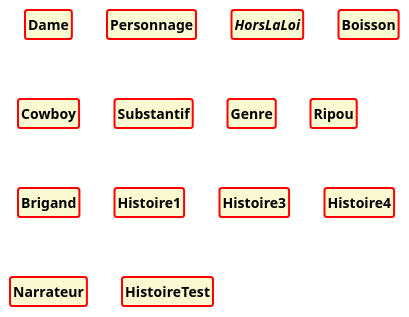
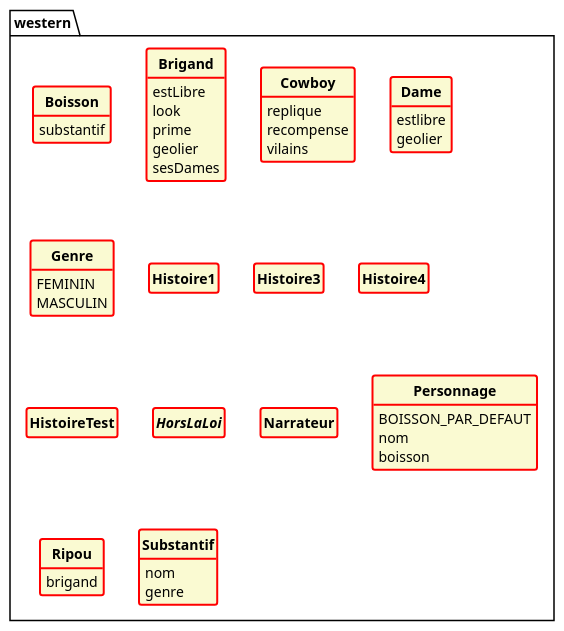
Before and after one commit to DamienJUNG/GenerateurPuml: the diagram in exemples/western.puml, drawn with PlantUML. The commit also changed 24 other files, not shown here.

```diff
--- a/exemples/western.puml
+++ b/exemples/western.puml
@@ -1,28 +1,62 @@
 @startuml
-
 'Code généré automatiquement ;>
 skinparam style strictuml
 hide empty members
 skinparam classAttributeIconSize 0
 skinparam classFontStyle Bold
 skinparam classbackgroundColor LightGoldenRodYellow
 skinparam classbordercolor red
 skinparam classattribute none
 skinparam classborderthickness 2
 
-class Dame
-class Personnage
-interface HorsLaLoi
-class Boisson
-class Cowboy
-class Substantif
-enum Genre
-class Ripou
-class Brigand
-class Histoire1
-class Histoire3
-class Histoire4
-class Narrateur
-class HistoireTest
+package western {
 
+class Boisson {
+	substantif
+}
+class Brigand {
+	estLibre
+	look
+	prime
+	geolier
+	sesDames
+}
+class Cowboy {
+	replique
+	recompense
+	vilains
+}
+class Dame {
+	estlibre
+	geolier
+}
+enum Genre {
+	FEMININ
+	MASCULIN
+}
+class Histoire1 {
+}
+class Histoire3 {
+}
+class Histoire4 {
+}
+class HistoireTest {
+}
+interface HorsLaLoi {
+}
+class Narrateur {
+}
+class Personnage {
+	BOISSON_PAR_DEFAUT
+	nom
+	boisson
+}
+class Ripou {
+	brigand
+}
+class Substantif {
+	nom
+	genre
+}
+}
 @enduml
```
